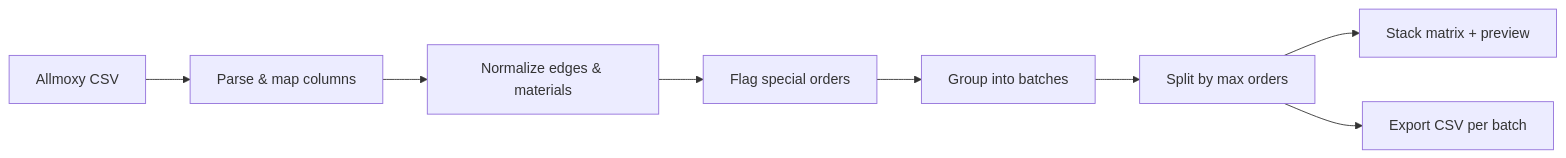
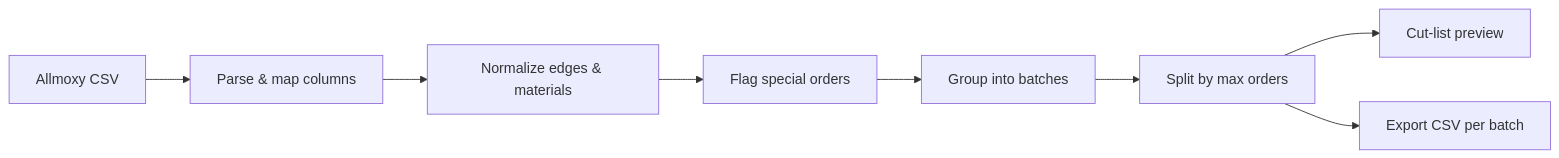
The diagram in PRESENTATION.md (drawerboxspecialties-ops/OpticutExportAppV2), drawn with Mermaid before and after one commit. The commit also changed other lines of this file and 24 other files, not shown here.

First line of the commit message:
Final cleanup: cut-list only, remove dead stack code, refresh docs.

````diff
--- a/PRESENTATION.md
+++ b/PRESENTATION.md
@@ -31,10 +31,10 @@
 ```mermaid
 flowchart LR
   A[Allmoxy CSV] --> B[Parse & map columns]
   B --> C[Normalize edges & materials]
   C --> D[Flag special orders]
   D --> E[Group into batches]
   E --> F[Split by max orders]
-  F --> G[Stack matrix + preview]
+  F --> G[Cut-list preview]
   F --> H[Export CSV per batch]
 ```
````
